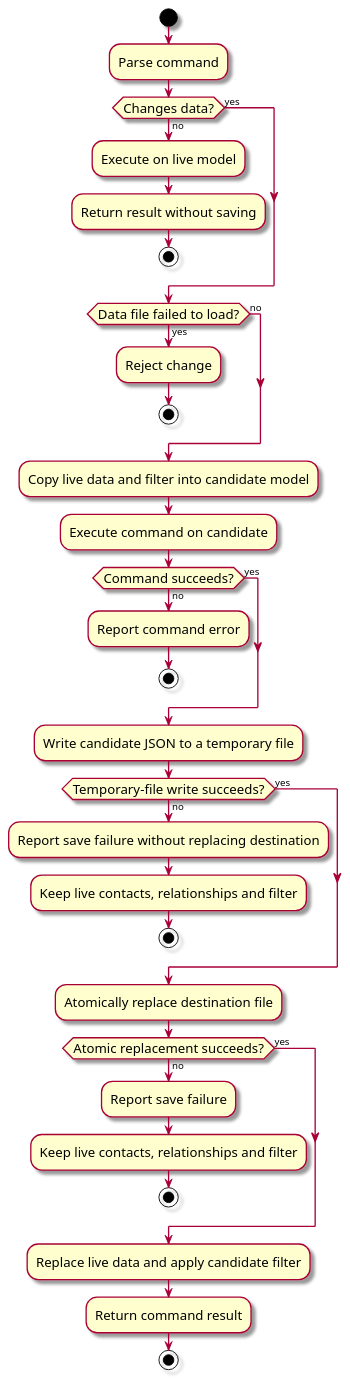
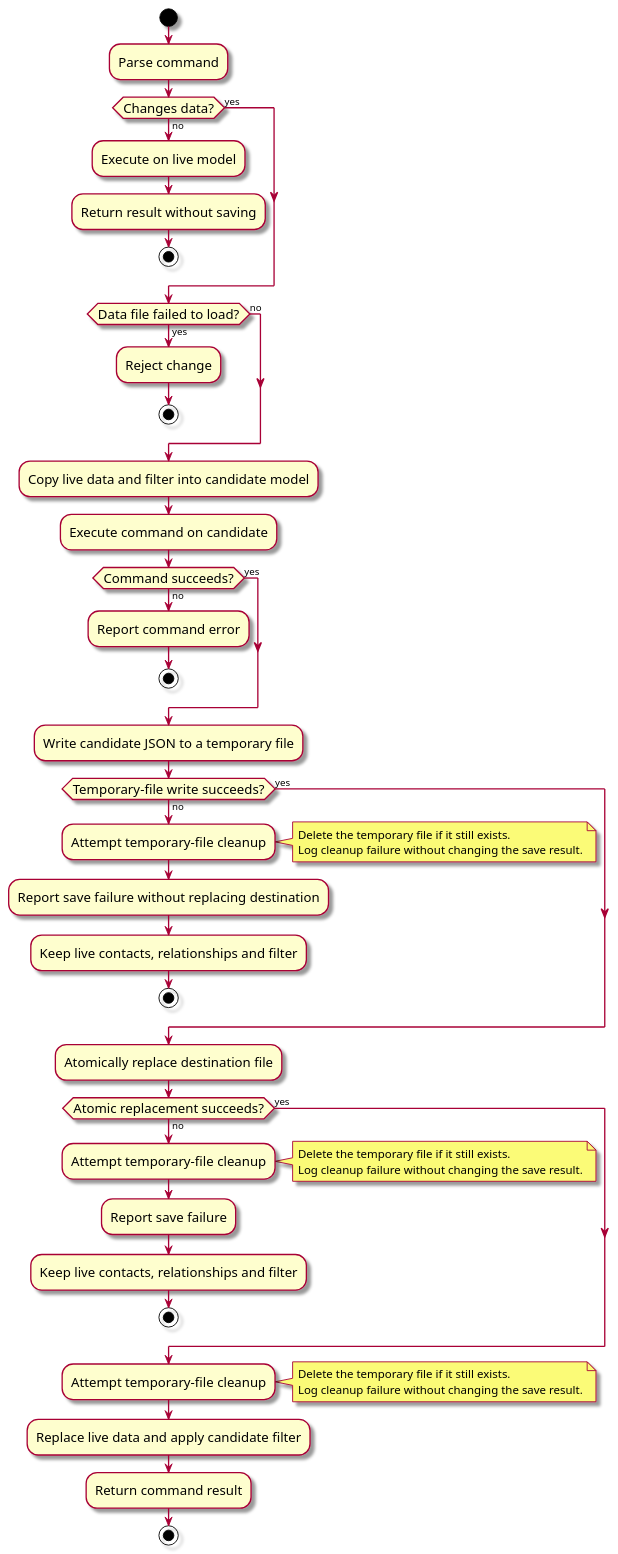
One commit to AY2627S1-CS2103T-T15-2/tp changed the diagram in docs/diagrams/SafeSaveActivityDiagram.puml. Above: the diagram before and after it, drawn with PlantUML.

Commit message:
Show temporary-file cleanup on every save outcome

```diff
--- a/docs/diagrams/SafeSaveActivityDiagram.puml
+++ b/docs/diagrams/SafeSaveActivityDiagram.puml
@@ -1,42 +1,57 @@
 @startuml
 skin rose
 skinparam ActivityFontSize 15
 
 start
 :Parse command;
 if (Changes data?) then (no)
   :Execute on live model;
   :Return result without saving;
   stop
 else (yes)
 endif
 if (Data file failed to load?) then (yes)
   :Reject change;
   stop
 else (no)
 endif
 :Copy live data and filter into candidate model;
 :Execute command on candidate;
 if (Command succeeds?) then (no)
   :Report command error;
   stop
 else (yes)
 endif
 :Write candidate JSON to a temporary file;
 if (Temporary-file write succeeds?) then (no)
+  :Attempt temporary-file cleanup;
+  note right
+    Delete the temporary file if it still exists.
+    Log cleanup failure without changing the save result.
+  end note
   :Report save failure without replacing destination;
   :Keep live contacts, relationships and filter;
   stop
 else (yes)
 endif
 :Atomically replace destination file;
 if (Atomic replacement succeeds?) then (no)
+  :Attempt temporary-file cleanup;
+  note right
+    Delete the temporary file if it still exists.
+    Log cleanup failure without changing the save result.
+  end note
   :Report save failure;
   :Keep live contacts, relationships and filter;
   stop
 else (yes)
 endif
+:Attempt temporary-file cleanup;
+note right
+  Delete the temporary file if it still exists.
+  Log cleanup failure without changing the save result.
+end note
 :Replace live data and apply candidate filter;
 :Return command result;
 stop
 @enduml
```
